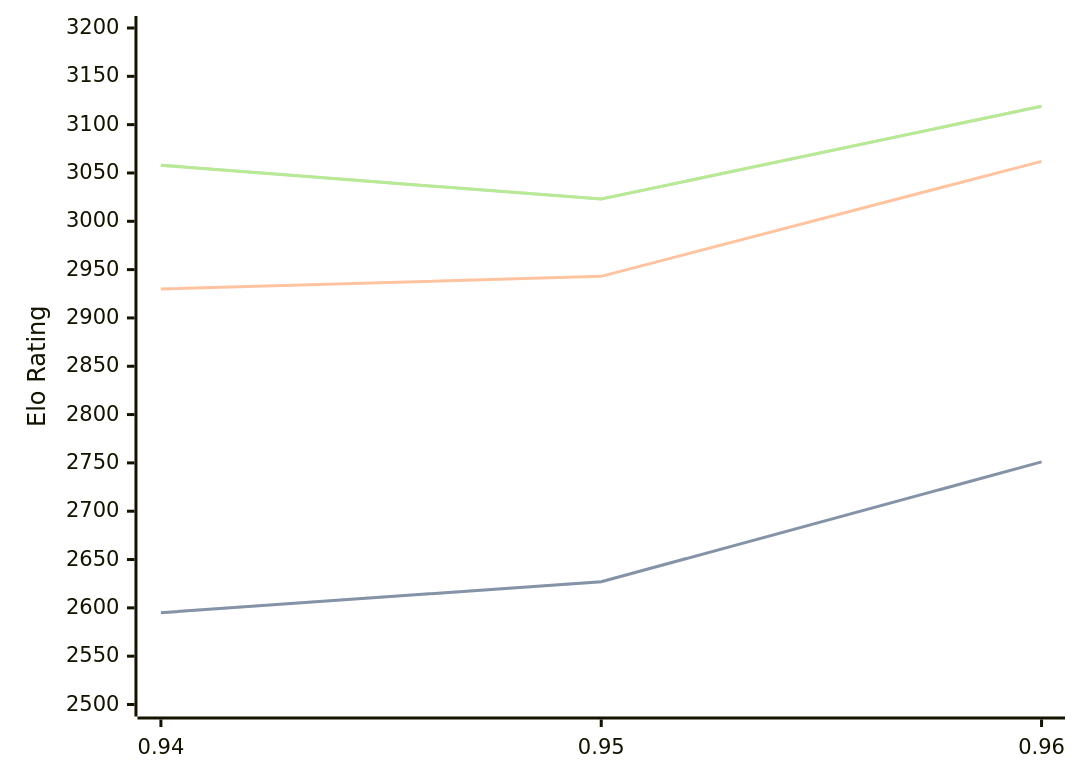
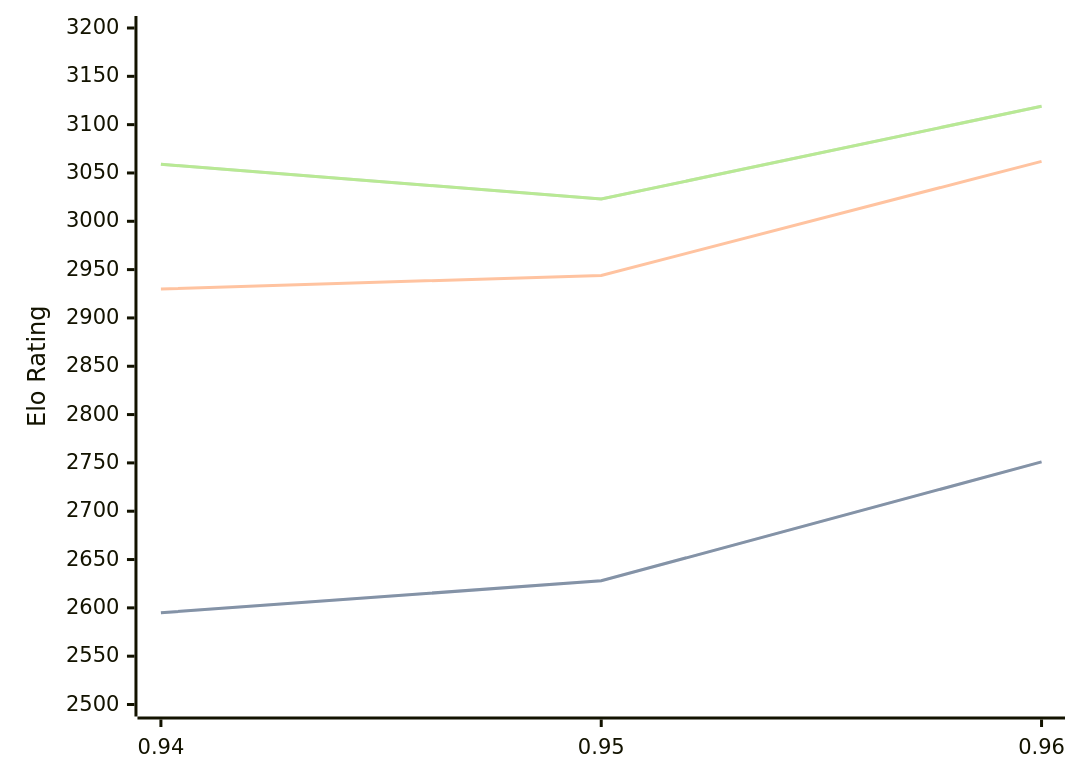
Before and after one commit to computer-chess-index/cci: the diagram in engines/Myrddin.md, drawn with Mermaid. The commit also changed other lines of this file, not shown here.

Commit message:
Update CCI Ratings (ELO VLTC) - 2026-09-06

````diff
--- a/engines/Myrddin.md
+++ b/engines/Myrddin.md
@@ -33,11 +33,11 @@
 ```mermaid
 %%{init: {"theme":"base","themeVariables":{"seriesColors:['#a3a3a3','#222221','#faa371']}}}%%
 xychart-beta
   x-axis ["0.94", "0.95", "0.96"]
   y-axis "Elo Rating" 2500 --> 3200
-  line "" [2595, 2627, 2751]
-  line "STC (8.0+0.08s)" [2595, 2627, 2751]
-  line "LTC (60.0+0.60s)" [2930, 2943, 3062]
-  line "" [3058, 3023, 3119]
-  line "VLTC (2m24s+1.12s)" [3058, 3023, 3119]
+  line "" [2595, 2628, 2751]
+  line "STC (8.0+0.08s)" [2595, 2628, 2751]
+  line "LTC (60.0+0.60s)" [2930, 2944, 3062]
+  line "" [3059, 3023, 3119]
+  line "VLTC (2m24s+1.12s)" [3059, 3023, 3119]
 ```
````
